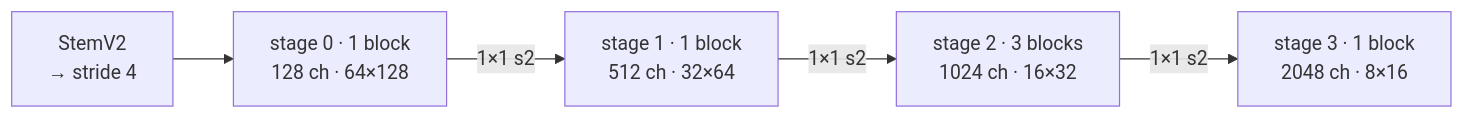
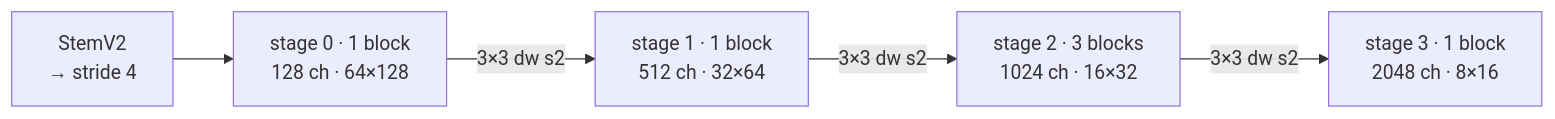
The third of 7 diagrams in docs/explanation/detectors.md (NeLy-EPFL/deeperfly), drawn with Mermaid before and after one commit. The commit also changed other lines of this file and 17 other files, not shown here.

````diff
--- a/docs/explanation/detectors.md
+++ b/docs/explanation/detectors.md
@@ -141,13 +258,13 @@
 ```mermaid
 flowchart LR
   stem["StemV2<br>→ stride 4"]
   s0["stage 0 · 1 block<br>128 ch · 64×128"]
   s1["stage 1 · 1 block<br>512 ch · 32×64"]
   s2["stage 2 · 3 blocks<br>1024 ch · 16×32"]
   s3["stage 3 · 1 block<br>2048 ch · 8×16"]
 
   stem --> s0
-  s0 -->|"1×1 s2"| s1
-  s1 -->|"1×1 s2"| s2
-  s2 -->|"1×1 s2"| s3
+  s0 -->|"3×3 dw s2"| s1
+  s1 -->|"3×3 dw s2"| s2
+  s2 -->|"3×3 dw s2"| s3
 ```
````
